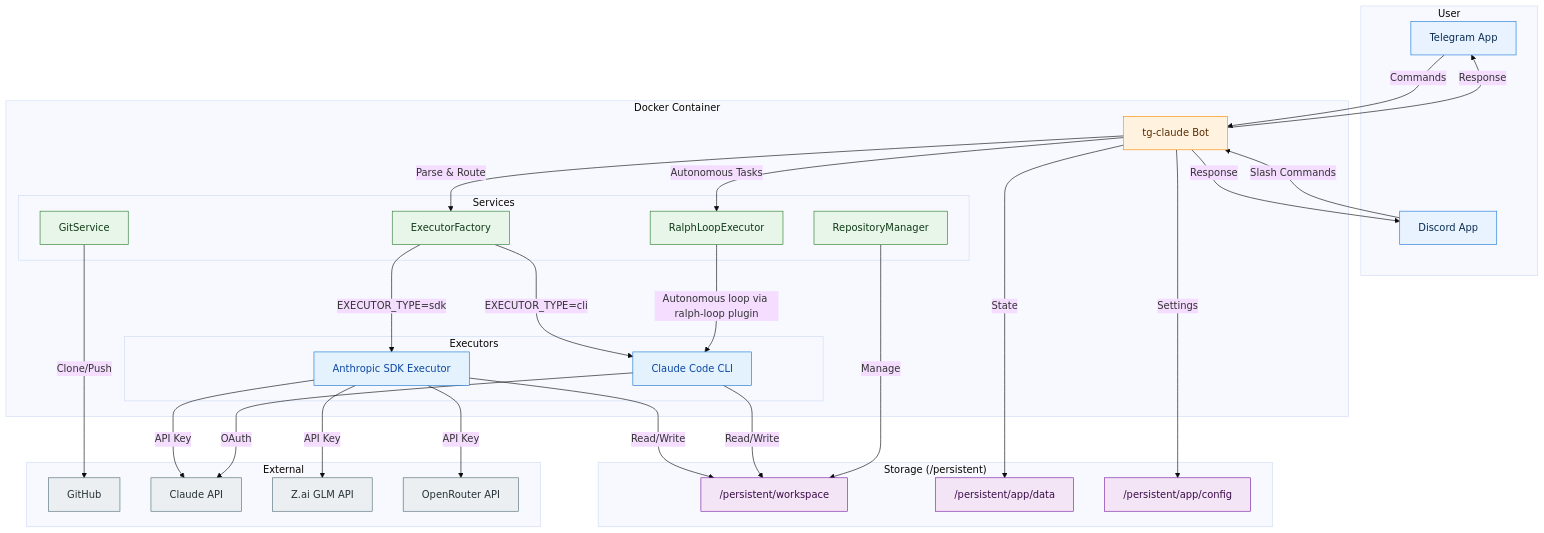
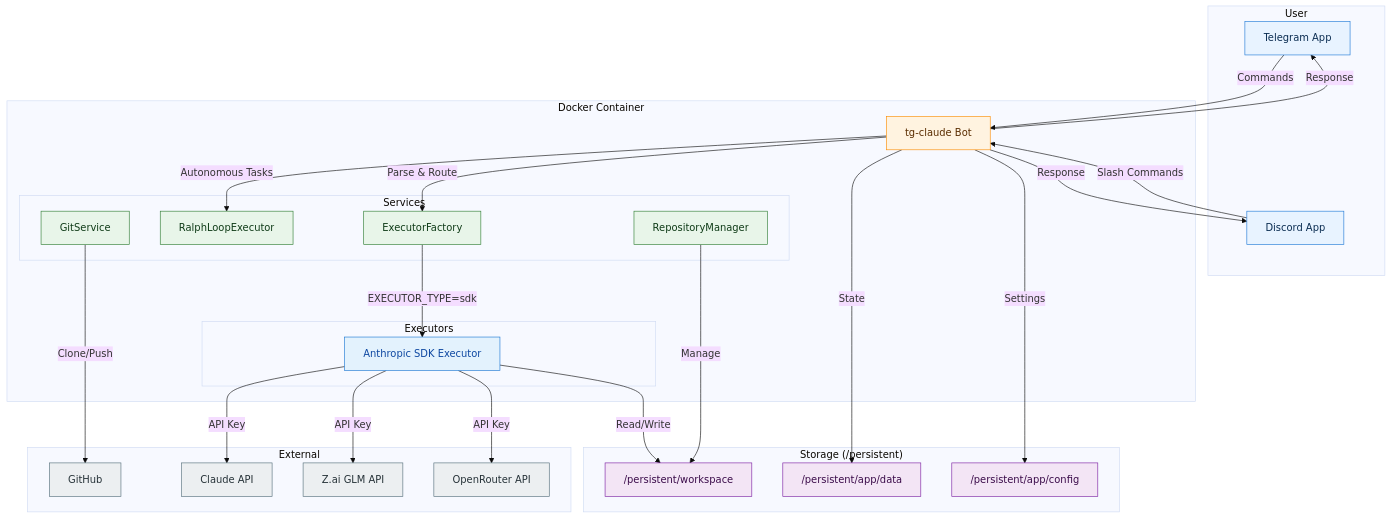
The diagram in README.md (guzus/tg-claude), drawn with Mermaid (base theme) before and after one commit.

Commit message:
docs: remove CLI from README diagram (#30)

````diff
--- a/README.md
+++ b/README.md
@@ -25,70 +25,65 @@
 ```mermaid
 flowchart TB
     subgraph User
         TG[Telegram App]
         DC[Discord App]
     end
 
     subgraph Docker Container
         Bot[tg-claude Bot]
 
         subgraph Executors
             SDK[Anthropic SDK Executor]
-            CLI[Claude Code CLI]
         end
 
         subgraph Services
             Factory[ExecutorFactory]
             Ralph[RalphLoopExecutor]
             Git[GitService]
             Repo[RepositoryManager]
         end
     end
 
     subgraph Storage["Storage (/persistent)"]
         Workspace["/persistent/workspace"]
         Data["/persistent/app/data"]
         Config["/persistent/app/config"]
     end
 
     subgraph External
         GitHub[GitHub]
         ClaudeAPI[Claude API]
         ZaiAPI[Z.ai GLM API]
         OpenRouter[OpenRouter API]
     end
 
     TG -->|Commands| Bot
     DC -->|Slash Commands| Bot
     Bot -->|Parse & Route| Factory
     Factory -->|EXECUTOR_TYPE=sdk| SDK
-    Factory -->|EXECUTOR_TYPE=cli| CLI
     Bot -->|Autonomous Tasks| Ralph
     SDK -->|API Key| ClaudeAPI
     SDK -->|API Key| ZaiAPI
     SDK -->|API Key| OpenRouter
-    CLI -->|OAuth| ClaudeAPI
-    Ralph -->|Autonomous loop via ralph-loop plugin| CLI
     SDK -->|Read/Write| Workspace
-    CLI -->|Read/Write| Workspace
     Git -->|Clone/Push| GitHub
     Repo -->|Manage| Workspace
     Bot -->|State| Data
     Bot -->|Settings| Config
     Bot -->|Response| TG
     Bot -->|Response| DC
 
     classDef user fill:#E8F3FF,stroke:#1E78D6,stroke-width:1px,color:#0B2D52;
     classDef bot fill:#FFF3E0,stroke:#FB8C00,stroke-width:1px,color:#5A2D00;
     classDef executor fill:#E3F2FD,stroke:#1976D2,stroke-width:1px,color:#0D47A1;
     classDef services fill:#E8F5E9,stroke:#2E7D32,stroke-width:1px,color:#0F3B17;
     classDef storage fill:#F3E5F5,stroke:#7B1FA2,stroke-width:1px,color:#3B0C4A;
     classDef external fill:#ECEFF1,stroke:#546E7A,stroke-width:1px,color:#263238;
 
     class TG,DC user;
     class Bot bot;
-    class SDK,CLI executor;
+    class SDK executor;
     class Factory,Ralph,Git,Repo services;
     class Workspace,Data,Config storage;
     class GitHub,ClaudeAPI,ZaiAPI,OpenRouter external;
 ```
````
